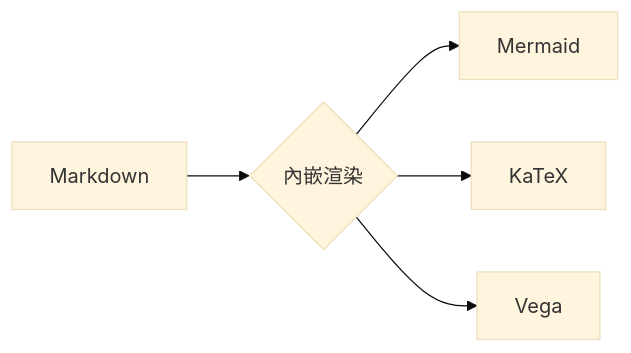
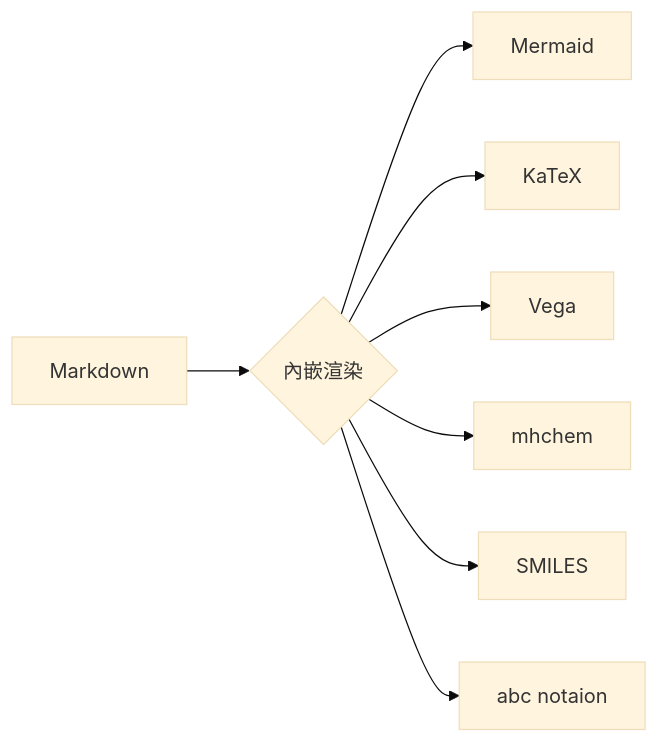
The diagram in public/defaults/default-markdown.md (ian7814508123/Markdown-live-previewer), drawn with Mermaid (base theme) before and after one commit. The commit also changed other lines of this file and 6 other files, not shown here.

````diff
--- a/public/defaults/default-markdown.md
+++ b/public/defaults/default-markdown.md
@@ -128,7 +129,10 @@
 ```mermaid
 graph LR
     A[Markdown] --> B{內嵌渲染}
     B --> C[Mermaid]
     B --> D[KaTeX]
     B --> E[Vega]
+    B --> F[mhchem]
+    B --> G[SMILES]
+    B --> H[abc notaion]
 ```
````
